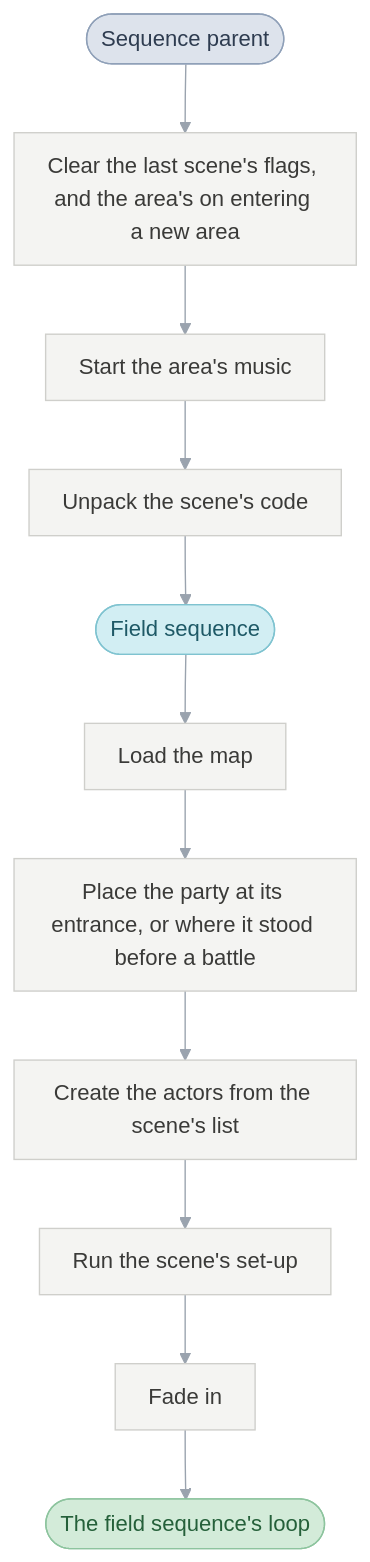
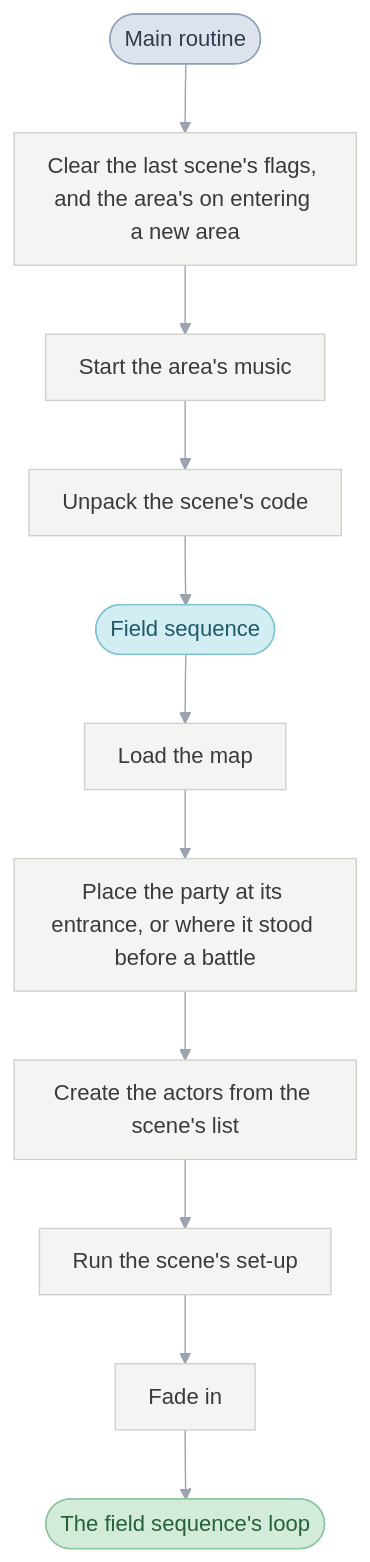
One commit to PascalPixel/alchemy changed the fifth of 9 diagrams in games/tbs/README.md. Above: the diagram before and after it, drawn with Mermaid. The commit also changed other lines of this file and 1982 other files, not shown here.

First line of the commit message:
MainRoutine_Run: the main routine, the period's メインルーチン

````diff
--- a/games/tbs/README.md
+++ b/games/tbs/README.md
@@ -265,19 +265,19 @@
 ```mermaid
 %%{init: {"theme": "base", "themeVariables": {"lineColor": "#9AA3AE", "edgeLabelBackground": "#FFFFFF"}, "flowchart": {"curve": "basis", "padding": 12}}}%%
 flowchart TD
-  parent(["Sequence parent"]) --> arrive["Clear the last scene's flags, and the area's on entering a new area"]
+  parent(["Main routine"]) --> arrive["Clear the last scene's flags, and the area's on entering a new area"]
   arrive --> music["Start the area's music"] --> code["Unpack the scene's code"]
   code --> pick(["Field sequence"]) --> map["Load the map"] --> place["Place the party at its entrance, or where it stood before a battle"]
   place --> actors["Create the actors from the scene's list"] --> own["Run the scene's set-up"]
   own --> fade["Fade in"] --> run(["The field sequence's loop"])
-  classDef sequenceParent fill:#DDE3EC,stroke:#8FA0B8,color:#2E3C50
+  classDef mainRoutine fill:#DDE3EC,stroke:#8FA0B8,color:#2E3C50
   classDef fieldSequence fill:#D2EEF3,stroke:#7FC3D0,color:#1E5966
   classDef battle fill:#F6D5D2,stroke:#D9928B,color:#8A2A22
   classDef sceneLoop fill:#D3EBD9,stroke:#8DC49E,color:#25603A
   classDef request fill:#FBE7C6,stroke:#E0B46A,color:#7A5212
   classDef step fill:#F4F4F2,stroke:#CFCFCB,color:#3A3A38
-  class parent sequenceParent
+  class parent mainRoutine
   class pick fieldSequence
   class run sceneLoop
   class arrive,music,code,map,place,actors,own,fade step
 ```
````
